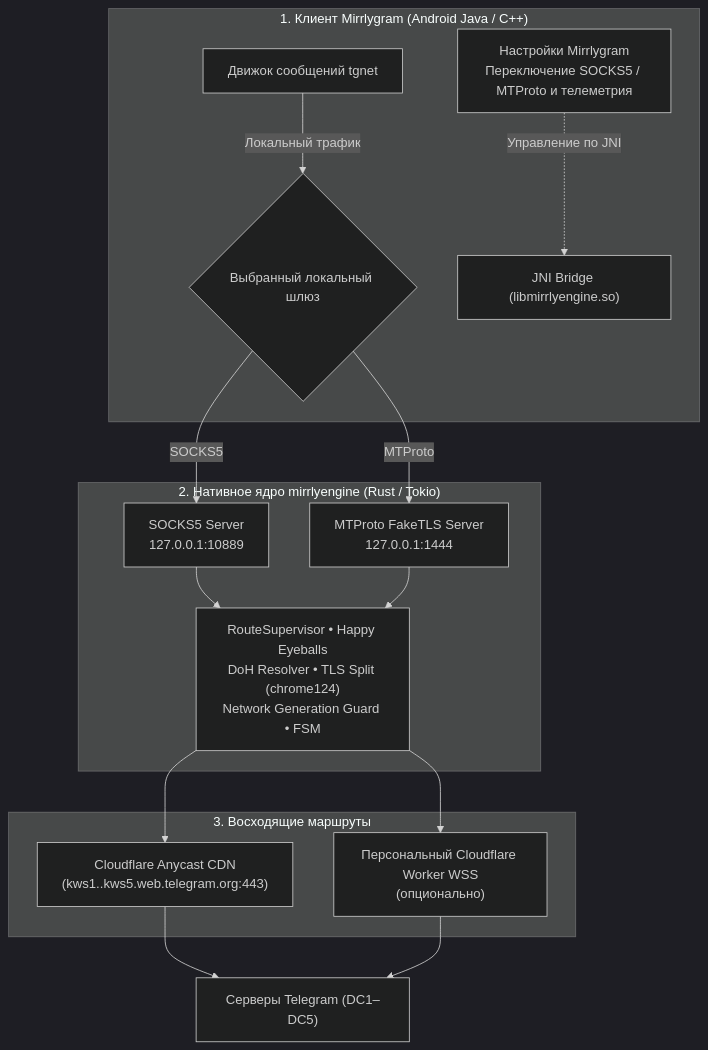
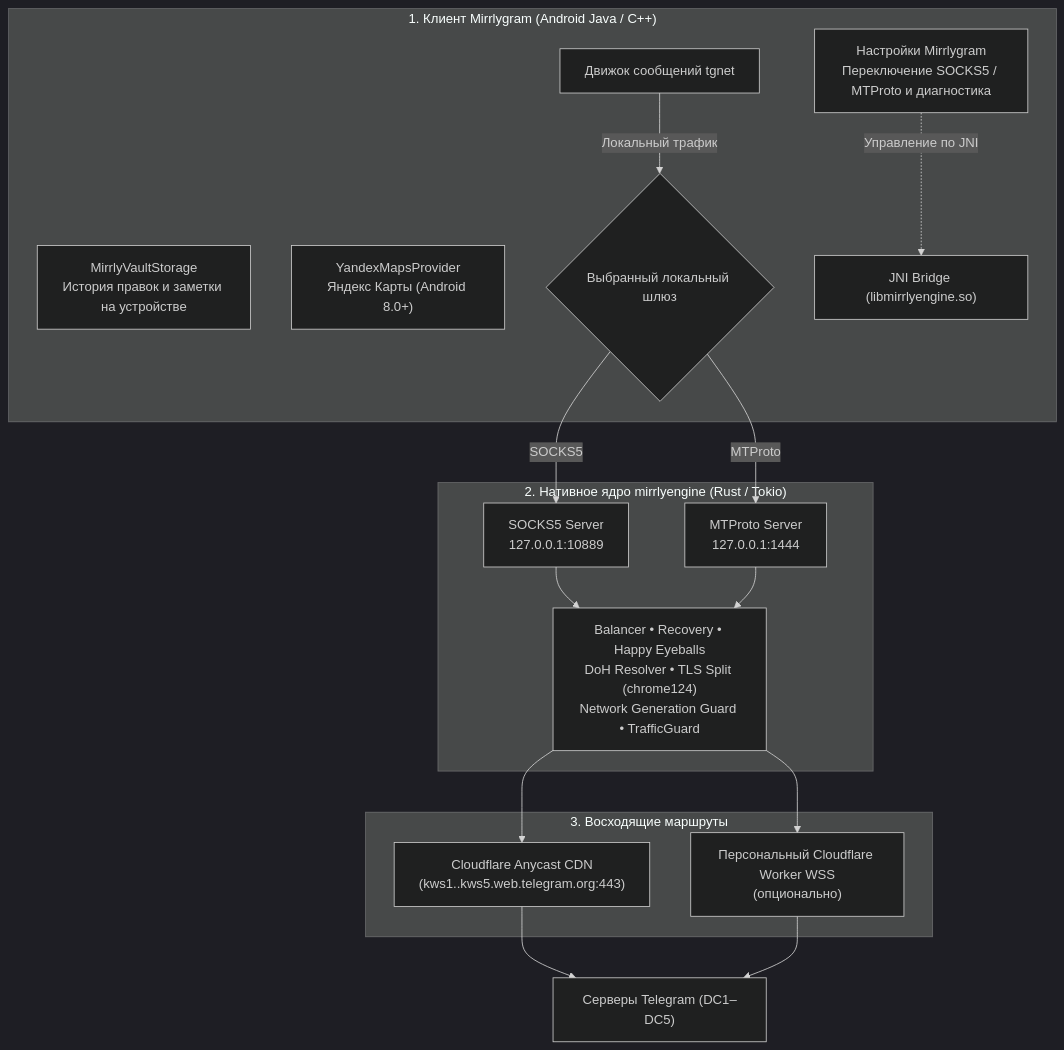
One commit to joycecurcirt539-dot/MirrlyGram changed the diagram in README.md. Above: the diagram before and after it, drawn with Mermaid (dark theme). The commit also changed other lines of this file and 2 other files, not shown here.

Commit message:
docs: update multilingual README (RU/EN/FA) for MirrlyGram v13.2.2

````diff
--- a/README.md
+++ b/README.md
@@ -72,32 +128,34 @@
 ```mermaid
 flowchart TD
     subgraph AppLayer ["1. Клиент Mirrlygram (Android Java / C++)"]
         TG_Core["Движок сообщений tgnet"]
-        UI_Settings["Настройки Mirrlygram\nПереключение SOCKS5 / MTProto и телеметрия"]
+        UI_Settings["Настройки Mirrlygram\nПереключение SOCKS5 / MTProto и диагностика"]
+        Vault["MirrlyVaultStorage\nИстория правок и заметки на устройстве"]
+        Maps["YandexMapsProvider\nЯндекс Карты (Android 8.0+)"]
         TG_Core -->|"Локальный трафик"| GatewayChoice
         UI_Settings -.->|"Управление по JNI"| JNI_Bridge
     end
 
     subgraph RustCore ["2. Нативное ядро mirrlyengine (Rust / Tokio)"]
         JNI_Bridge["JNI Bridge (libmirrlyengine.so)"]
         GatewayChoice{"Выбранный локальный шлюз"}
         SOCKS["SOCKS5 Server\n127.0.0.1:10889"]
-        MTP["MTProto FakeTLS Server\n127.0.0.1:1444"]
-        NetStack["RouteSupervisor • Happy Eyeballs\nDoH Resolver • TLS Split (chrome124)\nNetwork Generation Guard • FSM"]
+        MTP["MTProto Server\n127.0.0.1:1444"]
+        NetStack["Balancer • Recovery • Happy Eyeballs\nDoH Resolver • TLS Split (chrome124)\nNetwork Generation Guard • TrafficGuard"]
 
         GatewayChoice -->|"SOCKS5"| SOCKS
         GatewayChoice -->|"MTProto"| MTP
         SOCKS --> NetStack
         MTP --> NetStack
     end
 
     subgraph Uplinks ["3. Восходящие маршруты"]
         Anycast["Cloudflare Anycast CDN\n(kws1..kws5.web.telegram.org:443)"]
         Worker["Персональный Cloudflare Worker WSS\n(опционально)"]
         NetStack --> Anycast
         NetStack --> Worker
     end
 
     Anycast --> TG_DC["Серверы Telegram (DC1–DC5)"]
     Worker --> TG_DC
 ```
````
